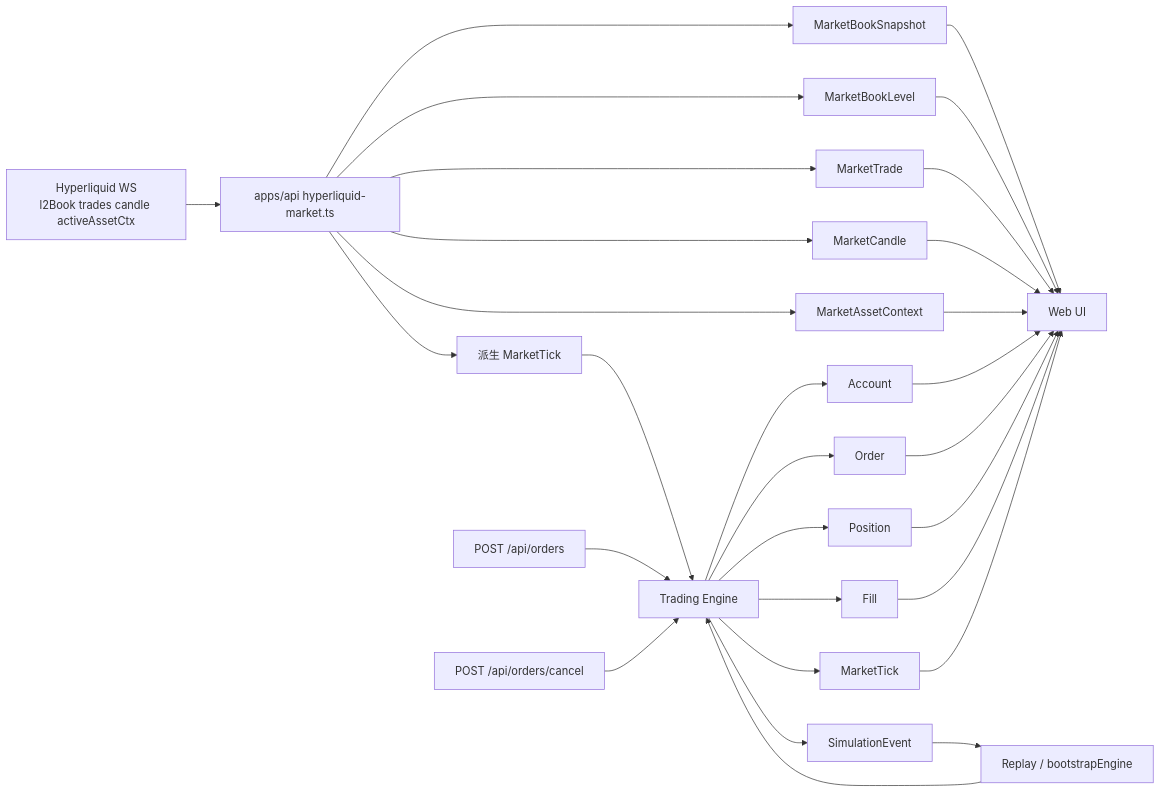
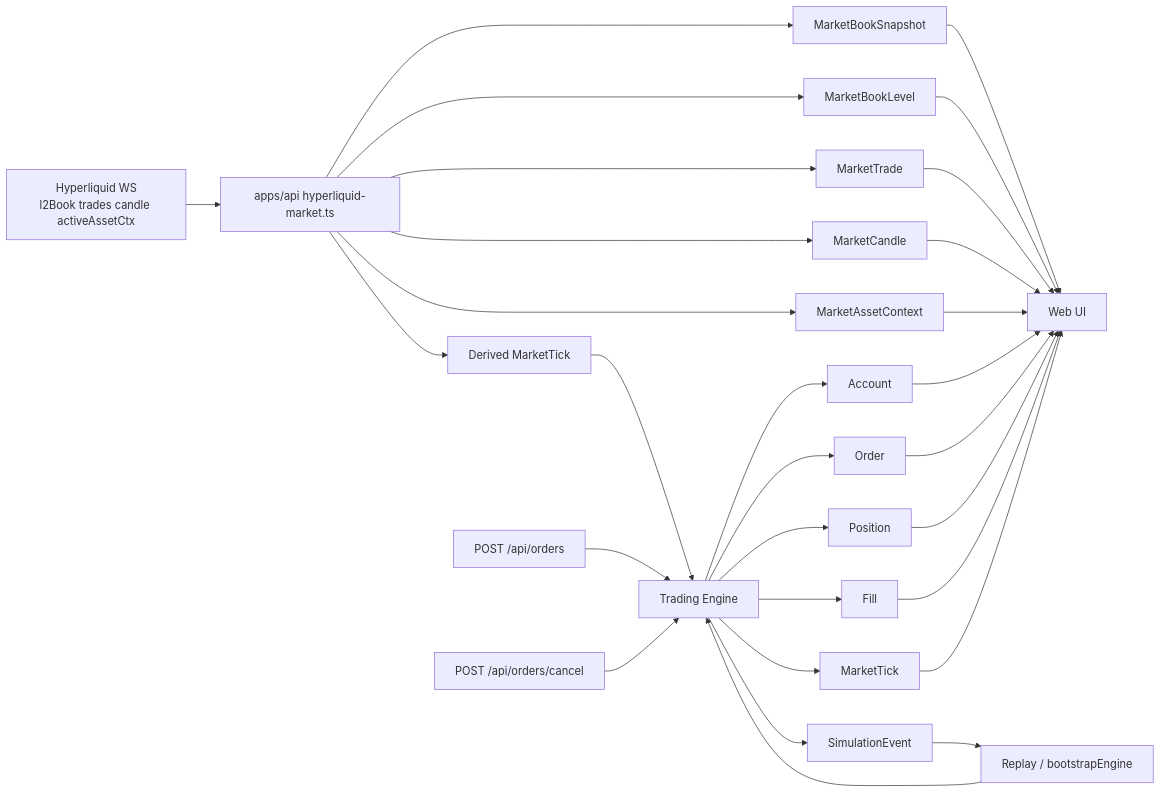
Before and after one commit to shouaya/stratium: the diagram in docs/data-model-reference.md, drawn with Mermaid. The commit also changed other lines of this file and 2 other files, not shown here.

````diff
--- a/docs/data-model-reference.md
+++ b/docs/data-model-reference.md
@@ -53,35 +53,35 @@
 ```mermaid
 flowchart LR
     A[Hyperliquid WS\nl2Book trades candle activeAssetCtx] --> B[apps/api hyperliquid-market.ts]
     B --> C[MarketBookSnapshot]
     B --> D[MarketBookLevel]
     B --> E[MarketTrade]
     B --> F[MarketCandle]
     B --> G[MarketAssetContext]
-    B --> H[派生 MarketTick]
+    B --> H[Derived MarketTick]
 
     H --> I[Trading Engine]
     J[POST /api/orders] --> I
     K[POST /api/orders/cancel] --> I
 
     I --> L[SimulationEvent]
     I --> M[Account]
     I --> N[Order]
     I --> O[Position]
     I --> P[Fill]
     I --> Q[MarketTick]
 
     L --> R[Replay / bootstrapEngine]
     R --> I
 
     C --> S[Web UI]
     D --> S
     E --> S
     F --> S
     G --> S
     M --> S
     N --> S
     O --> S
     P --> S
     Q --> S
 ```
````
